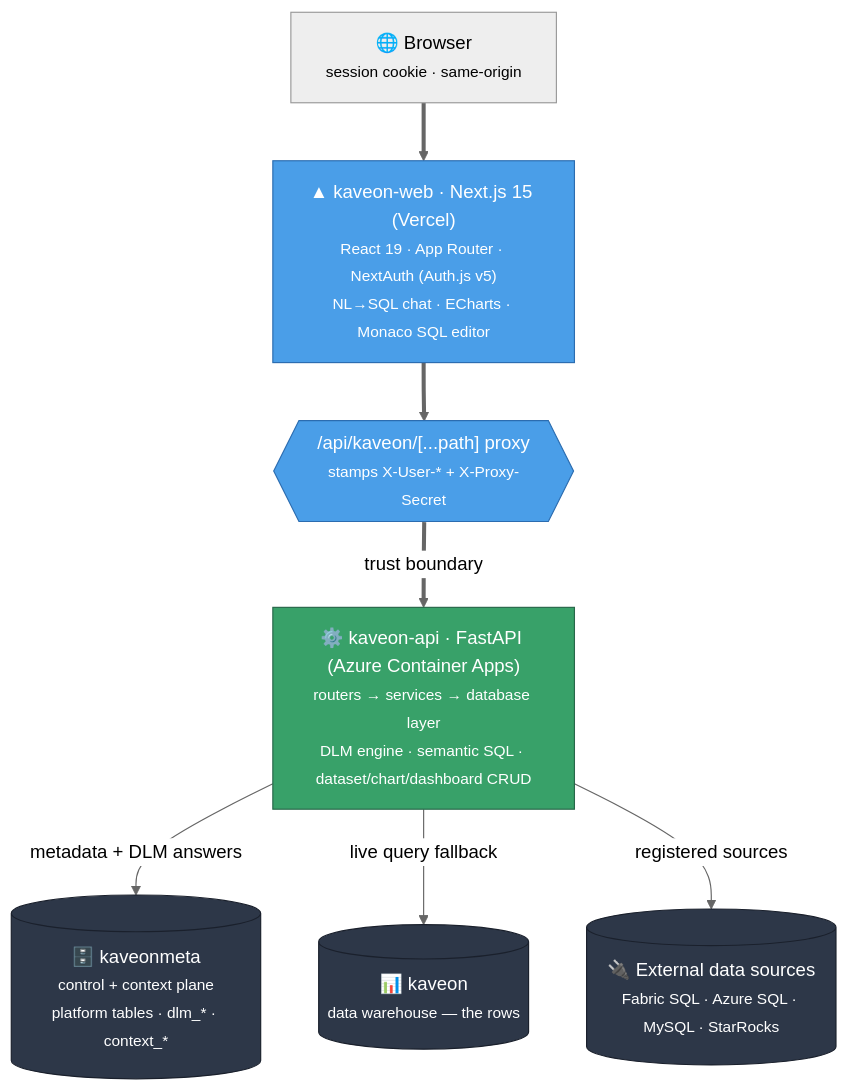
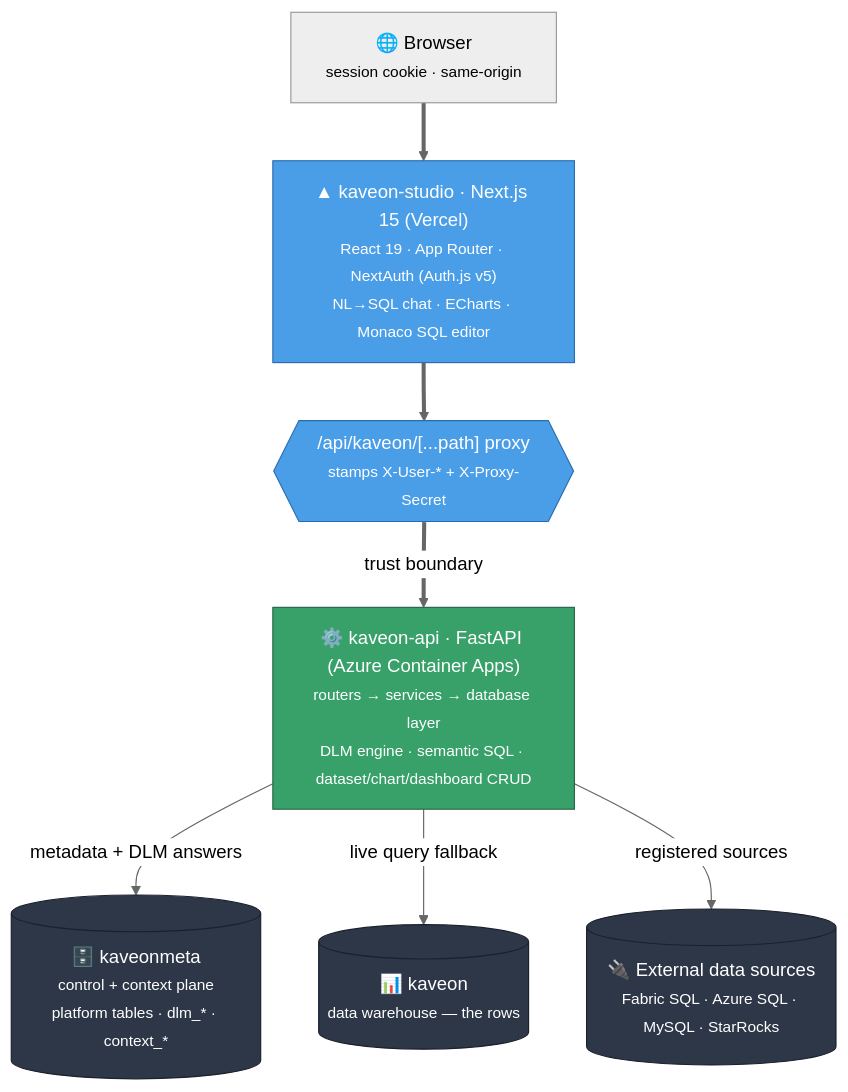
One commit to PruthviProdduturi/Kaveon changed the first of 17 diagrams in ARCHITECTURE.md. Above: the diagram before and after it, drawn with Mermaid (neutral theme). The commit also changed other lines of this file and 267 other files, not shown here.

First line of the commit message:
refactor: platform architecture — studio + api + engine + dlm

````diff
--- a/ARCHITECTURE.md
+++ b/ARCHITECTURE.md
@@ -38,21 +38,21 @@
 ```mermaid
 flowchart TD
     B["🌐 Browser<br/><small>session cookie · same-origin</small>"]
-    W["▲ kaveon-web · Next.js 15 (Vercel)<br/><small>React 19 · App Router · NextAuth (Auth.js v5)<br/>NL→SQL chat · ECharts · Monaco SQL editor</small>"]
+    W["▲ kaveon-studio · Next.js 15 (Vercel)<br/><small>React 19 · App Router · NextAuth (Auth.js v5)<br/>NL→SQL chat · ECharts · Monaco SQL editor</small>"]
     P{{"/api/kaveon/[...path] proxy<br/><small>stamps X-User-* + X-Proxy-Secret</small>"}}
     A["⚙️ kaveon-api · FastAPI (Azure Container Apps)<br/><small>routers → services → database layer<br/>DLM engine · semantic SQL · dataset/chart/dashboard CRUD</small>"]
     M[("🗄️ kaveonmeta<br/><small>control + context plane<br/>platform tables · dlm_* · context_*</small>")]
     D[("📊 kaveon<br/><small>data warehouse — the rows</small>")]
     X[("🔌 External data sources<br/><small>Fabric SQL · Azure SQL · MySQL · StarRocks</small>")]
     B ==> W ==> P ==>|"trust boundary"| A
     A -->|"metadata + DLM answers"| M
     A -->|"live query fallback"| D
     A -->|"registered sources"| X
 
     classDef web fill:#4A9EE8,stroke:#2b6cb0,color:#fff;
     classDef api fill:#38a169,stroke:#276749,color:#fff;
     classDef store fill:#2d3748,stroke:#1a202c,color:#fff;
     class W,P web;
     class A api;
     class M,D,X store;
 ```
````
